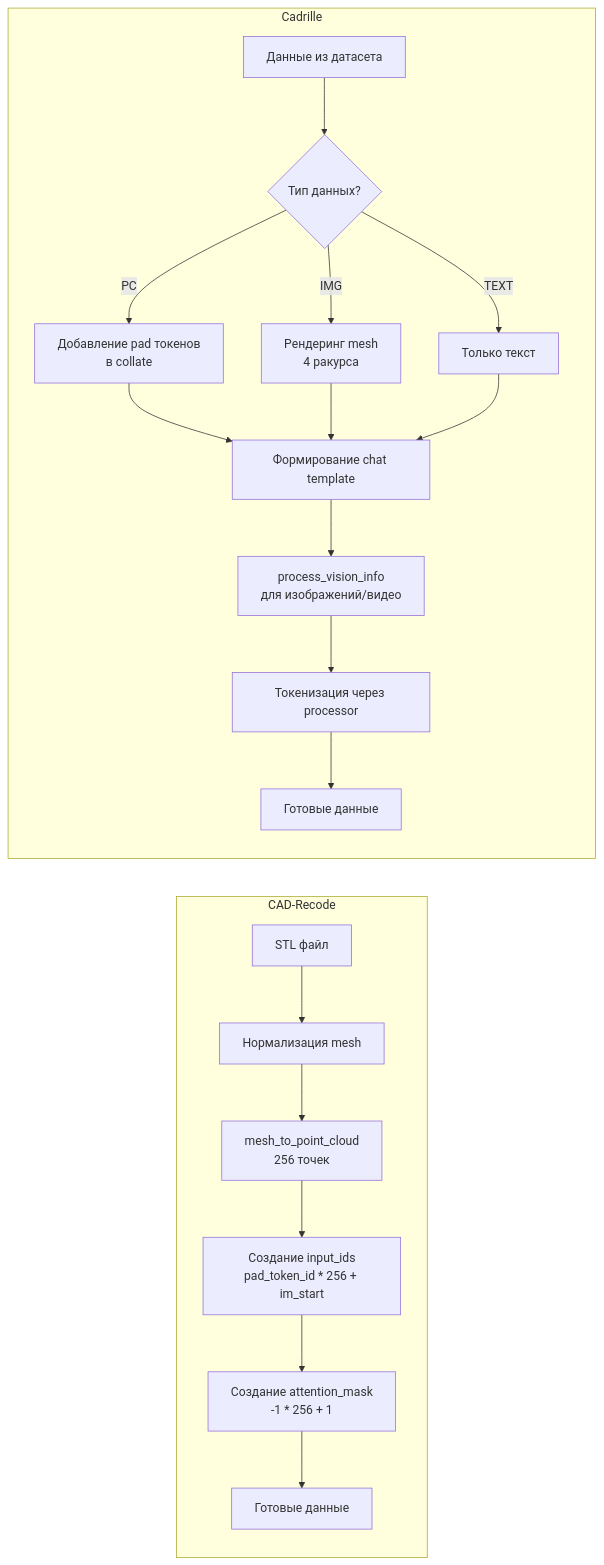
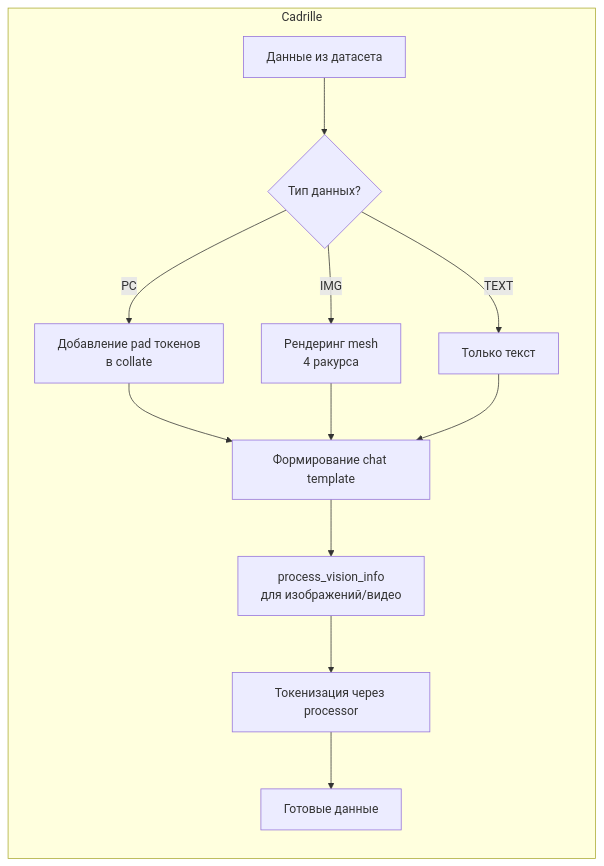
The sixth of 8 diagrams in code_comparison/SEQUENCE_DIAGRAMS.md (VitalyGladyshev/CAD-Recode_Cadrille_comparison), drawn with Mermaid before and after one commit.

````diff
--- a/code_comparison/SEQUENCE_DIAGRAMS.md
+++ b/code_comparison/SEQUENCE_DIAGRAMS.md
@@ -288,23 +299,15 @@
 ```mermaid
 flowchart LR
-    subgraph CADRecode[CAD-Recode]
-        A1[STL файл] --> A2[Нормализация mesh]
-        A2 --> A3[mesh_to_point_cloud<br/>256 точек]
-        A3 --> A4[Создание input_ids<br/>pad_token_id * 256 + im_start]
-        A4 --> A5[Создание attention_mask<br/>-1 * 256 + 1]
-        A5 --> A6[Готовые данные]
-    end
-    
     subgraph Cadrille[Cadrille]
         B1[Данные из датасета] --> B2{Тип данных?}
         B2 -->|PC| B3[Добавление pad токенов<br/>в collate]
         B2 -->|IMG| B4[Рендеринг mesh<br/>4 ракурса]
         B2 -->|TEXT| B5[Только текст]
         B3 --> B6[Формирование chat template]
         B4 --> B6
         B5 --> B6
         B6 --> B7[process_vision_info<br/>для изображений/видео]
         B7 --> B8[Токенизация через processor]
         B8 --> B9[Готовые данные]
     end
 ```
````
